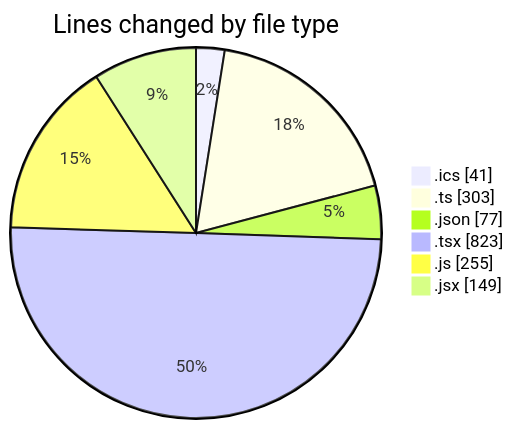
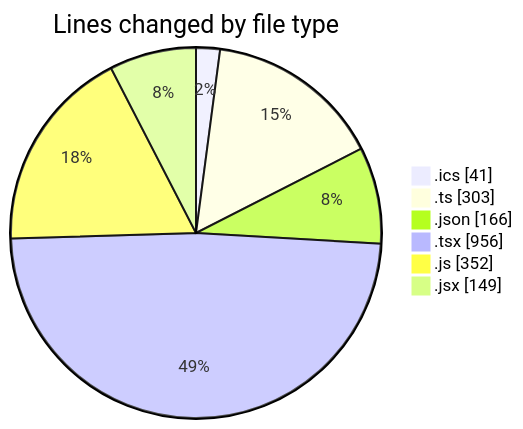
One commit to momahboobian/code-tracking changed the first of 2 diagrams in 2025-10-28/cda/README.md. Above: the diagram before and after it, drawn with Mermaid. The commit also changed other lines of this file and 1 other file, not shown here.

````diff
--- a/2025-10-28/cda/README.md
+++ b/2025-10-28/cda/README.md
@@ -33,10 +36,10 @@
 ```mermaid
 pie showData
 title Lines changed by file type
 ".ics" : 41
 ".ts" : 303
-".json" : 77
-".tsx" : 823
-".js" : 255
+".json" : 166
+".tsx" : 956
+".js" : 352
 ".jsx" : 149
 ```
````
